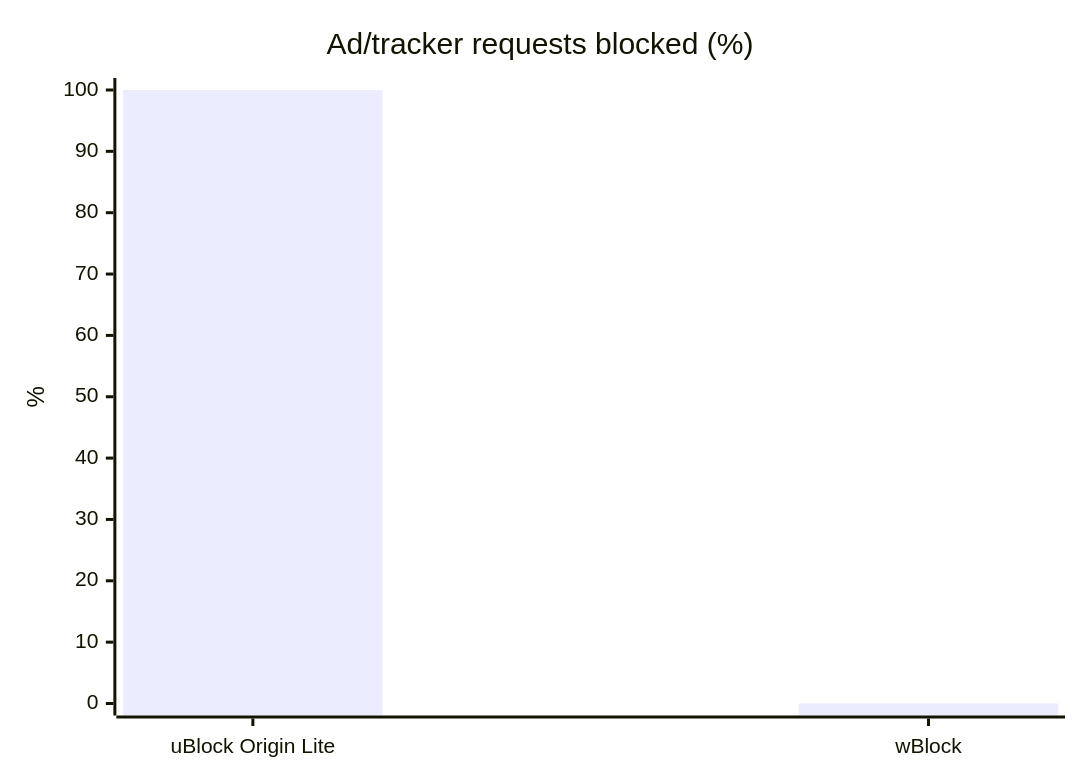
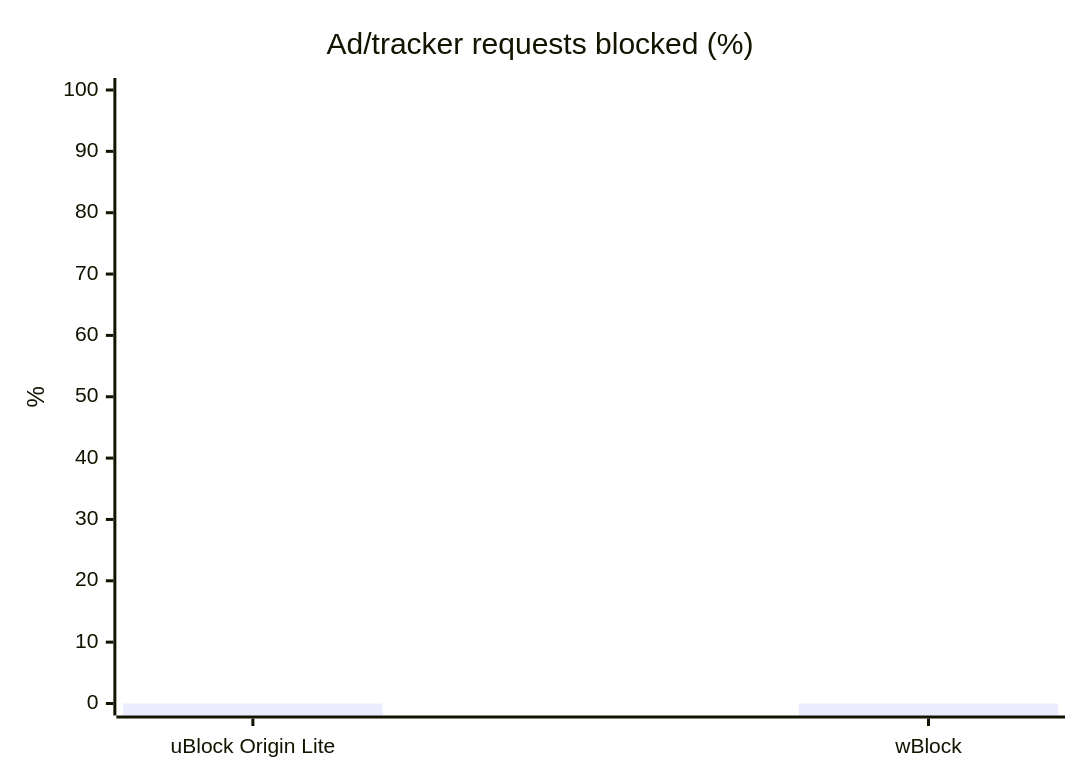
Before and after one commit to btecu/safari-ad: the first of 2 diagrams in README.md, drawn with Mermaid. The commit also changed other lines of this file and 42 other files, not shown here.

````diff
--- a/README.md
+++ b/README.md
@@ -52,7 +53,7 @@
 ```mermaid
 xychart-beta
   title "Ad/tracker requests blocked (%)"
   x-axis ["uBlock Origin Lite", "wBlock"]
   y-axis "%" 0 --> 100
-  bar [100, 0]
+  bar [0, 0]
 ```
````
